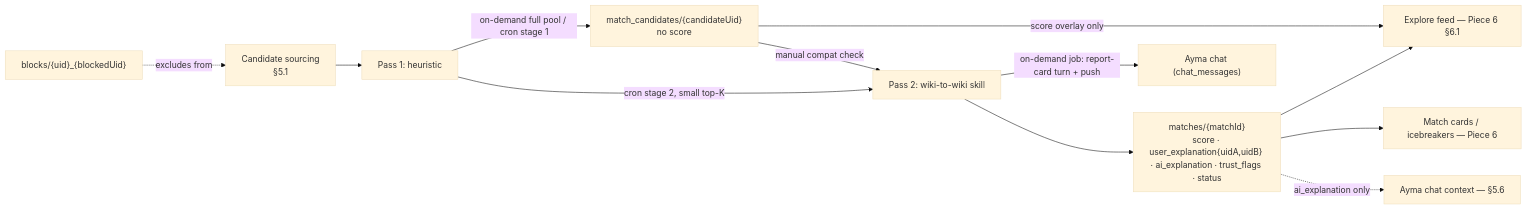
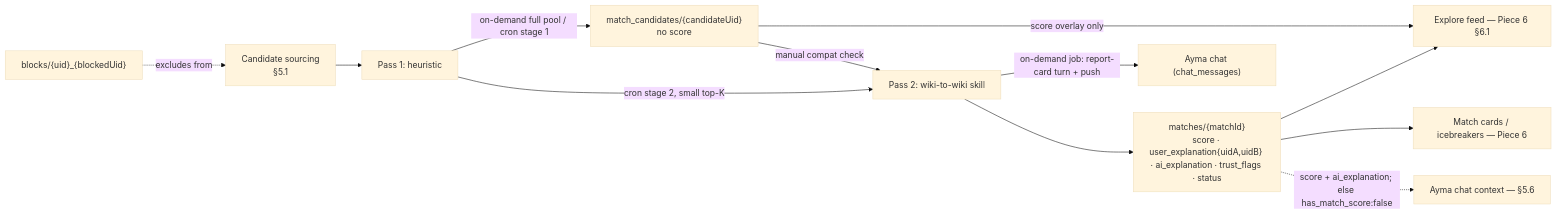
The seventh of 7 diagrams in docs/ARCHITECTURE.md (suhailps93/ayma-v2), drawn with Mermaid (base theme) before and after one commit. The commit also changed other lines of this file and 6 other files, not shown here.

First line of the commit message:
fix: stop Ayma asserting match/compatibility with no data

````diff
--- a/docs/ARCHITECTURE.md
+++ b/docs/ARCHITECTURE.md
@@ -616,16 +618,16 @@
 ```mermaid
 flowchart LR
   Src[Candidate sourcing<br/>§5.1] --> P1[Pass 1: heuristic]
   P1 -->|on-demand full pool / cron stage 1| Cand["match_candidates/{candidateUid}<br/>no score"]
   Cand -->|score overlay only| Explore[Explore feed — Piece 6 §6.1]
 
   Cand -->|manual compat check| P2[Pass 2: wiki-to-wiki skill]
   P1 -->|cron stage 2, small top-K| P2
   P2 --> Match["matches/{matchId}<br/>score · user_explanation{uidA,uidB} · ai_explanation · trust_flags · status"]
   Match --> Explore
   Match --> Cards[Match cards / icebreakers — Piece 6]
-  Match -.->|ai_explanation only| Ayma[Ayma chat context — §5.6]
+  Match -.->|score + ai_explanation; else has_match_score:false| Ayma[Ayma chat context — §5.6]
   P2 -->|on-demand job: report-card turn + push| Chat["Ayma chat (chat_messages)"]
 
   Block["blocks/{uid}_{blockedUid}"] -.->|excludes from| Src
 ```
````
